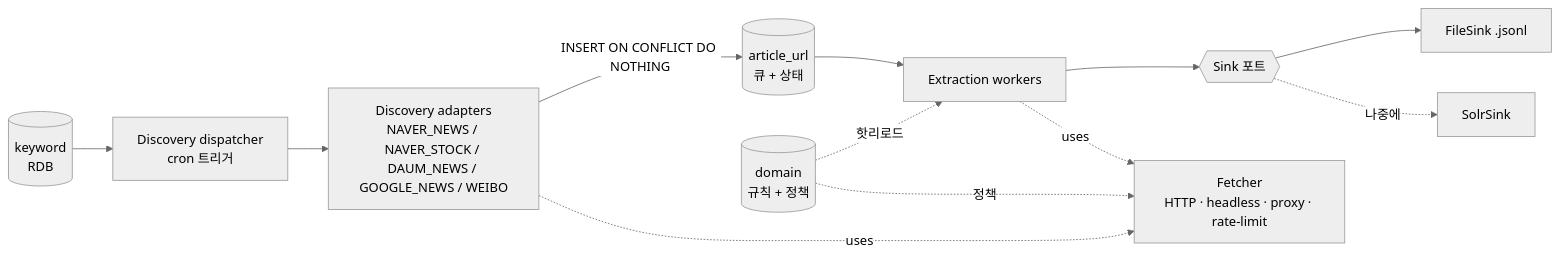
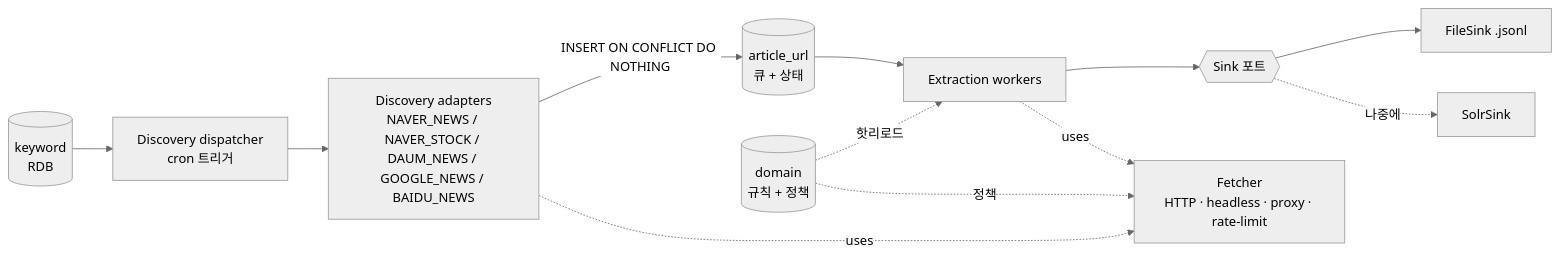
Before and after one commit to JHS-on-Lab/discovery-worker: the first of 3 diagrams in docs/keyword-collector-design.md, drawn with Mermaid (neutral theme). The commit also changed other lines of this file and 7 other files, not shown here.

First line of the commit message:
refactor: weibo → baidu_news 전면 변경

````diff
--- a/docs/keyword-collector-design.md
+++ b/docs/keyword-collector-design.md
@@ -36,14 +36,14 @@
 ```mermaid
 flowchart LR
   KW[(keyword<br/>RDB)] --> DISP[Discovery dispatcher<br/>cron 트리거]
-  DISP --> DA[Discovery adapters<br/>NAVER_NEWS / NAVER_STOCK / DAUM_NEWS / GOOGLE_NEWS / WEIBO]
+  DISP --> DA[Discovery adapters<br/>NAVER_NEWS / NAVER_STOCK / DAUM_NEWS / GOOGLE_NEWS / BAIDU_NEWS]
   DA -->|INSERT ON CONFLICT DO NOTHING| AU[(article_url<br/>큐 + 상태)]
   AU --> EX[Extraction workers]
   EX --> SINK{{Sink 포트}}
   SINK --> FILE[FileSink .jsonl]
   SINK -. 나중에 .-> SOLR[SolrSink]
   DA -. uses .-> FET[Fetcher<br/>HTTP · headless · proxy · rate-limit]
   EX -. uses .-> FET
   DOM[(domain<br/>규칙 + 정책)] -. 핫리로드 .-> EX
   DOM -. 정책 .-> FET
 ```
````
